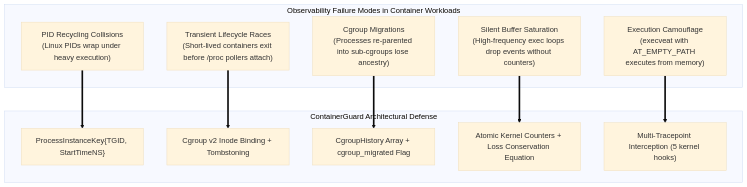
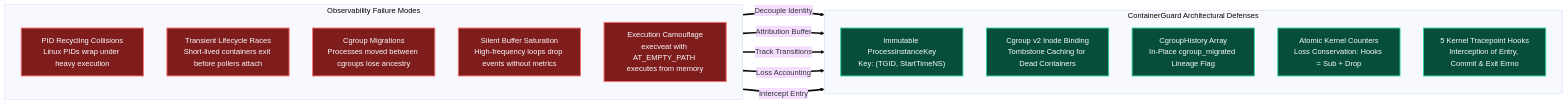
One commit to ramKarthik57/containerguard changed the first of 7 diagrams in README.md. Above: the diagram before and after it, drawn with Mermaid (base theme). The commit also changed other lines of this file and 4 other files, not shown here.

First line of the commit message:
docs(diagrams): overhaul and perfect all mermaid architectural diagrams

````diff
--- a/README.md
+++ b/README.md
@@ -68,24 +68,31 @@
 ```mermaid
-flowchart TD
-    subgraph ObservabilityProblems ["Observability Failure Modes in Container Workloads"]
-        P1["PID Recycling Collisions<br/>(Linux PIDs wrap under heavy execution)"]
-        P2["Transient Lifecycle Races<br/>(Short-lived containers exit before /proc pollers attach)"]
-        P3["Cgroup Migrations<br/>(Processes re-parented into sub-cgroups lose ancestry)"]
-        P4["Silent Buffer Saturation<br/>(High-frequency exec loops drop events without counters)"]
-        P5["Execution Camouflage<br/>(execveat with AT_EMPTY_PATH executes from memory)"]
+flowchart LR
+    subgraph ObservabilityProblems ["Observability Failure Modes"]
+        direction TB
+        P1["PID Recycling Collisions<br/><span>Linux PIDs wrap under heavy execution</span>"]
+        P2["Transient Lifecycle Races<br/><span>Short-lived containers exit before pollers attach</span>"]
+        P3["Cgroup Migrations<br/><span>Processes moved between cgroups lose ancestry</span>"]
+        P4["Silent Buffer Saturation<br/><span>High-frequency loops drop events without metrics</span>"]
+        P5["Execution Camouflage<br/><span>execveat with AT_EMPTY_PATH executes from memory</span>"]
     end
 
-    subgraph ContainerGuardDefense ["ContainerGuard Architectural Defense"]
-        D1["ProcessInstanceKey{TGID, StartTimeNS}"]
-        D2["Cgroup v2 Inode Binding + Tombstoning"]
-        D3["CgroupHistory Array + cgroup_migrated Flag"]
-        D4["Atomic Kernel Counters + Loss Conservation Equation"]
-        D5["Multi-Tracepoint Interception (5 kernel hooks)"]
+    subgraph ContainerGuardDefense ["ContainerGuard Architectural Defenses"]
+        direction TB
+        D1["Immutable ProcessInstanceKey<br/><span>Key: (TGID, StartTimeNS)</span>"]
+        D2["Cgroup v2 Inode Binding<br/><span>Tombstone Caching for Dead Containers</span>"]
+        D3["CgroupHistory Array<br/><span>In-Place cgroup_migrated Lineage Flag</span>"]
+        D4["Atomic Kernel Counters<br/><span>Loss Conservation: Hooks = Sub + Drop</span>"]
+        D5["5 Kernel Tracepoint Hooks<br/><span>Interception of Entry, Commit & Exit Errno</span>"]
     end
 
-    P1 ==> D1
-    P2 ==> D2
-    P3 ==> D3
-    P4 ==> D4
-    P5 ==> D5
+    P1 ==>|Decouple Identity| D1
+    P2 ==>|Attribution Buffer| D2
+    P3 ==>|Track Transitions| D3
+    P4 ==>|Loss Accounting| D4
+    P5 ==>|Intercept Entry| D5
+
+    classDef prob fill:#7f1d1d,stroke:#f87171,stroke-width:2px,color:#f8fafc;
+    classDef defn fill:#064e3b,stroke:#34d399,stroke-width:2px,color:#f8fafc;
+    class P1,P2,P3,P4,P5 prob;
+    class D1,D2,D3,D4,D5 defn;
 ```
````
